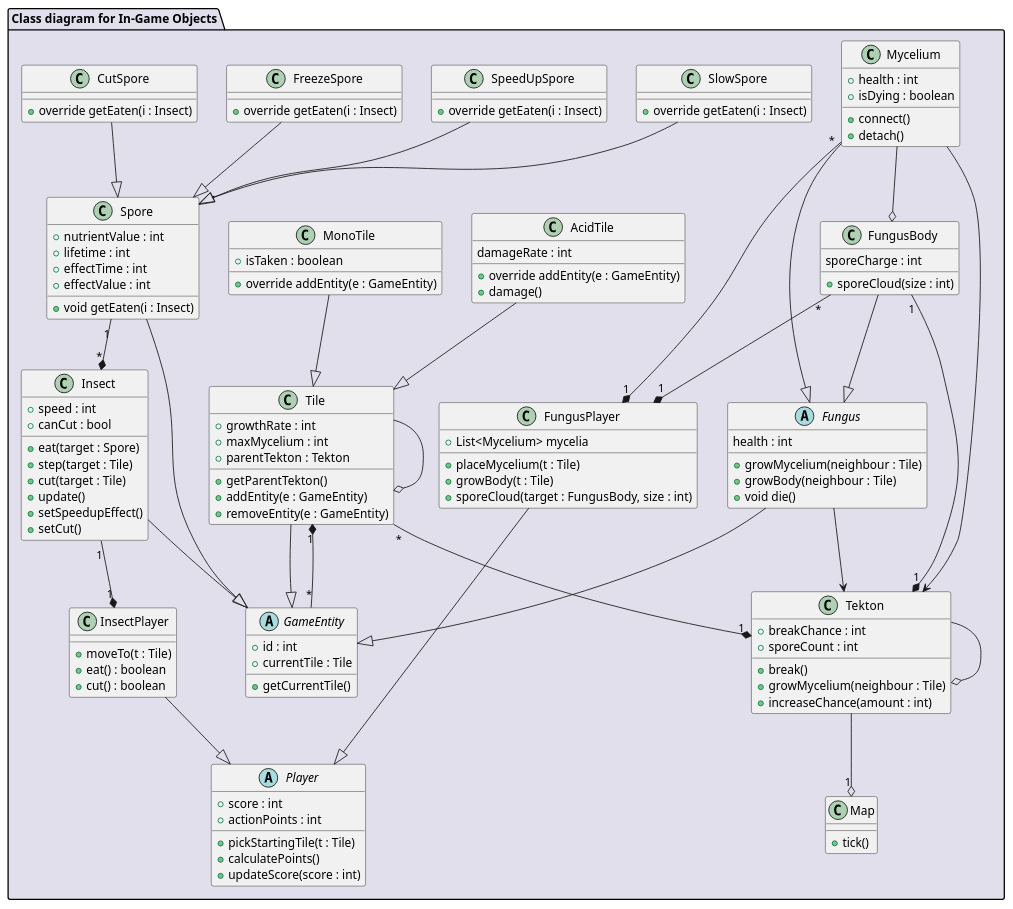
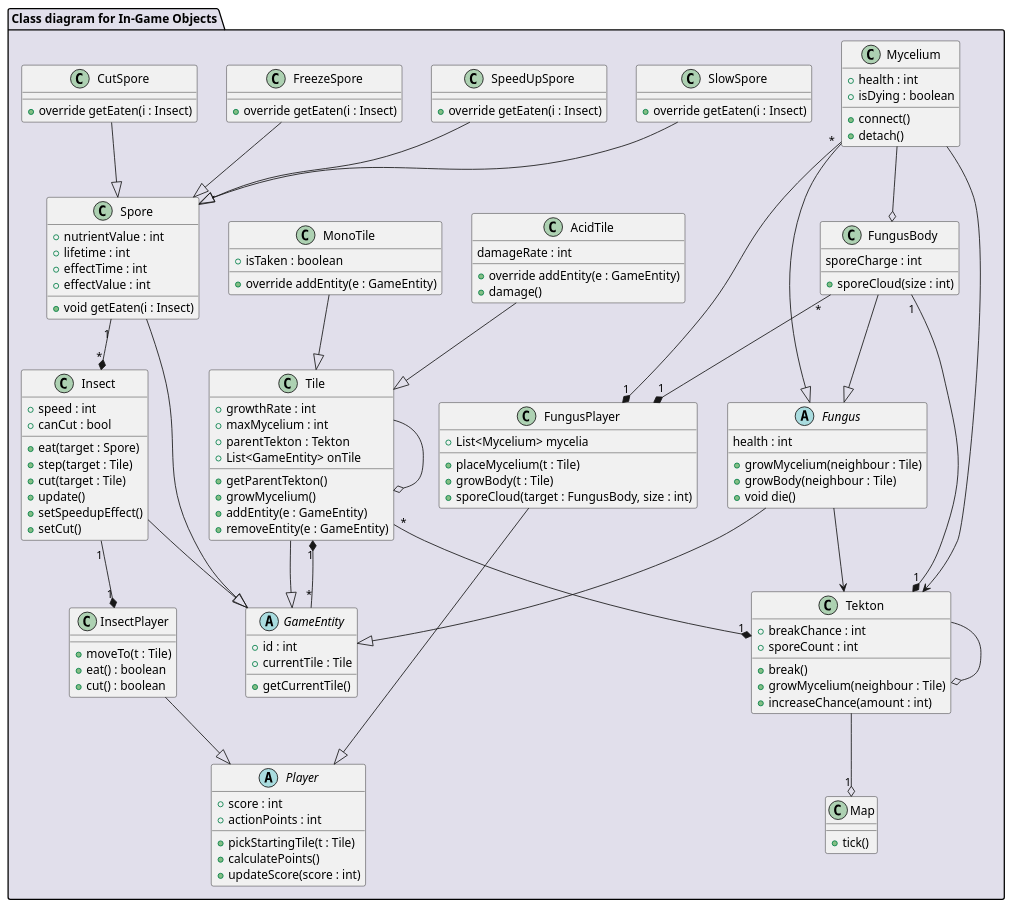
Before and after one commit to Harcipan/Projlab_nullpointerexception: the diagram in diagrams/diagramFiles/CD_InGameObjects.puml, drawn with PlantUML. The commit also changed 23 other files, not shown here.

```diff
--- a/diagrams/diagramFiles/CD_InGameObjects.puml
+++ b/diagrams/diagramFiles/CD_InGameObjects.puml
@@ -1,159 +1,161 @@
 @startuml CD_InGameObjects
 
 package "Class diagram for In-Game Objects" #E1DFEB {
     
     'world elements'
 
     class Map {
         + tick()
     }
 
     class Tekton {
         + breakChance : int
         + sporeCount : int
         + break()
         + growMycelium(neighbour : Tile)
         + increaseChance(amount : int)
     }
 
     class Tile {
         + growthRate : int
         + maxMycelium : int
         + parentTekton : Tekton
+        + List<GameEntity> onTile
         + getParentTekton()
+        +growMycelium()
         + addEntity(e : GameEntity)
         + removeEntity(e : GameEntity)
     }
 
     class MonoTile {
         + isTaken : boolean
         + override addEntity(e : GameEntity)
     }
 
     class AcidTile {
         damageRate : int
         + override addEntity(e : GameEntity)
         + damage()
     }
     'interactive elements'
 
     abstract class GameEntity {
         + id : int
         + currentTile : Tile
         + getCurrentTile()
     }
 
     class Mycelium {
         + health : int
         + isDying : boolean
         + connect()
         + detach()
     }
 
     class Spore {
         + nutrientValue : int
         + lifetime : int
         + effectTime : int
         + effectValue : int
         + void getEaten(i : Insect)
     }
 
     class SlowSpore {
         + override getEaten(i : Insect)
     }
 
     class SpeedUpSpore {
         + override getEaten(i : Insect)
     }
 
     class FreezeSpore {
         + override getEaten(i : Insect)
     }
 
     class CutSpore {
         + override getEaten(i : Insect)
     }
 
     'playable elements'
 
     abstract class Player {
         + score : int
         + actionPoints : int
         + pickStartingTile(t : Tile)
         + calculatePoints()
         + updateScore(score : int)
     }
 
 
     class FungusPlayer {
         + List<Mycelium> mycelia
         + placeMycelium(t : Tile)
         + growBody(t : Tile)
         + sporeCloud(target : FungusBody, size : int)
     }
 
     abstract class Fungus {
         health : int
         + growMycelium(neighbour : Tile)
         + growBody(neighbour : Tile)
         + void die()
     }
 
     class FungusBody {
         sporeCharge : int
         + sporeCloud(size : int)
     }
     
     class InsectPlayer {
         + moveTo(t : Tile)
         + eat() : boolean
         + cut() : boolean
     }
 
     class Insect {
         + speed : int
         + canCut : bool
         + eat(target : Spore)
         + step(target : Tile)
         + cut(target : Tile)
         + update()
         + setSpeedupEffect()
         + setCut()
     }
 
     'connections'
 
     Spore --|> GameEntity
     Fungus --|> GameEntity
     Insect --|> GameEntity
     Tile --|> GameEntity
 
     Mycelium --o FungusBody
     SlowSpore --|> Spore
     FreezeSpore --|> Spore
     SpeedUpSpore --|> Spore
     CutSpore --|> Spore
     Tekton --o "1" Map
     FungusBody "1" --* "1" Tekton
     Fungus --> Tekton
     Mycelium --> Tekton
     Tile "*" --* "1" Tekton
     MonoTile --|> Tile
     AcidTile --|> Tile
     
     Mycelium --|> Fungus
     FungusBody --|> Fungus
     GameEntity "*" --* "1" Tile
     Tile  --o  Tile
     Tekton --o Tekton
     FungusPlayer --|> Player
     Mycelium "*" --* "1" FungusPlayer
     InsectPlayer --|> Player
     Insect "1" --* "1" InsectPlayer
     FungusBody "*" --* "1" FungusPlayer
     Spore "1" --* "*" Insect
 
     
 }
 
 @enduml
```
